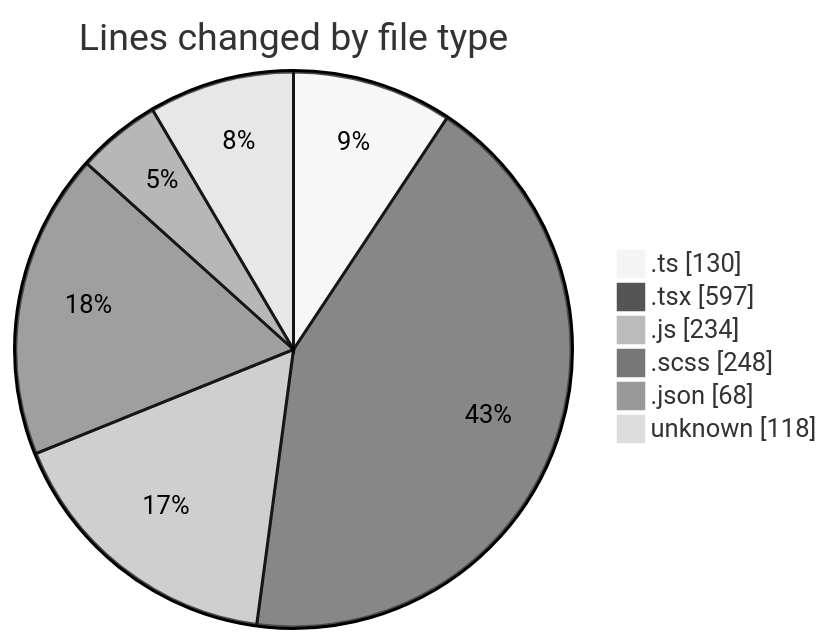
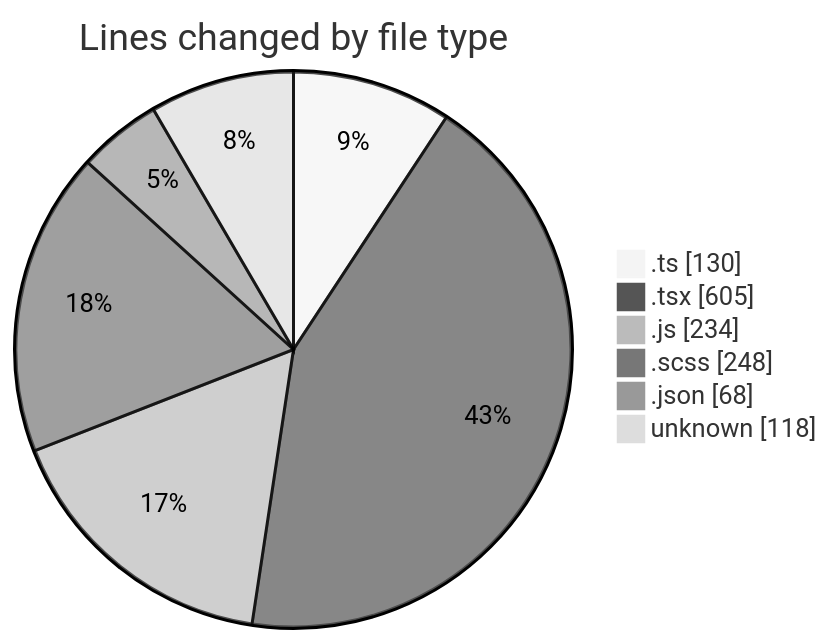
Before and after one commit to momahboobian/code-tracking: the first of 2 diagrams in 2026-05-08/cda/README.md, drawn with Mermaid (neutral theme). The commit also changed other lines of this file and 1 other file, not shown here.

````diff
--- a/2026-05-08/cda/README.md
+++ b/2026-05-08/cda/README.md
@@ -38,10 +38,10 @@
 ```mermaid
 pie showData
 title Lines changed by file type
 ".ts" : 130
-".tsx" : 597
+".tsx" : 605
 ".js" : 234
 ".scss" : 248
 ".json" : 68
 "unknown" : 118
 ```
````
